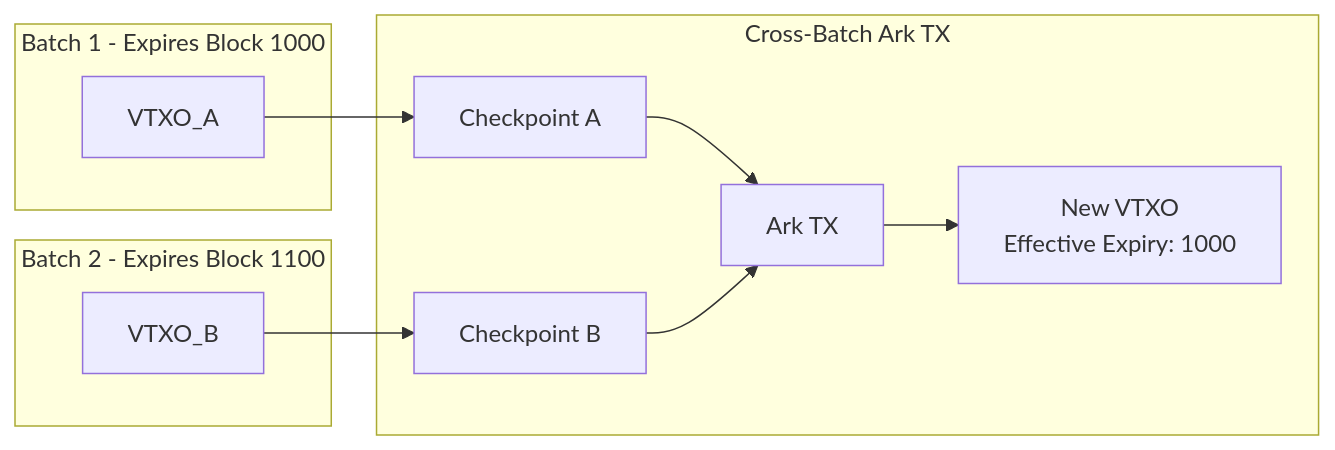
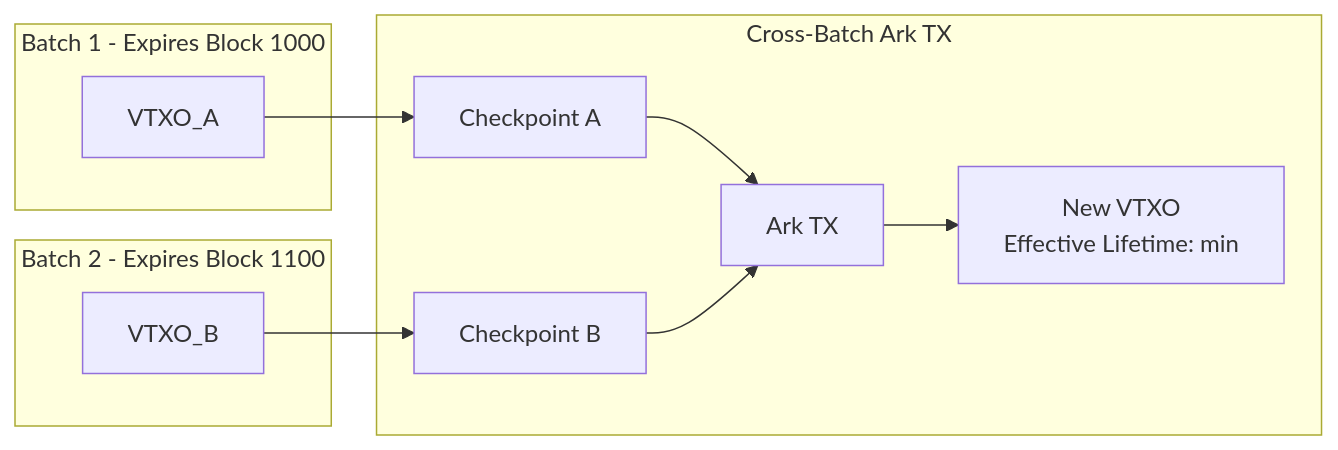
One commit to lightninglabs/wavelength changed the fourth of 4 diagrams in docs/ark-specs/ARK-03-oor.md. Above: the diagram before and after it, drawn with Mermaid. The commit also changed other lines of this file and 6 other files, not shown here.

````diff
--- a/docs/ark-specs/ARK-03-oor.md
+++ b/docs/ark-specs/ARK-03-oor.md
@@ -386,23 +464,23 @@
 ```mermaid
 graph LR
     subgraph "Batch 1 - Expires Block 1000"
         V1[VTXO_A]
     end
 
     subgraph "Batch 2 - Expires Block 1100"
         V2[VTXO_B]
     end
 
     subgraph "Cross-Batch Ark TX"
         CP1[Checkpoint A]
         CP2[Checkpoint B]
         ARK[Ark TX]
-        V3[New VTXO<br/>Effective Expiry: 1000]
+        V3[New VTXO<br/>Effective Lifetime: min]
     end
 
     V1 --> CP1
     V2 --> CP2
     CP1 --> ARK
     CP2 --> ARK
     ARK --> V3
 ```
````
